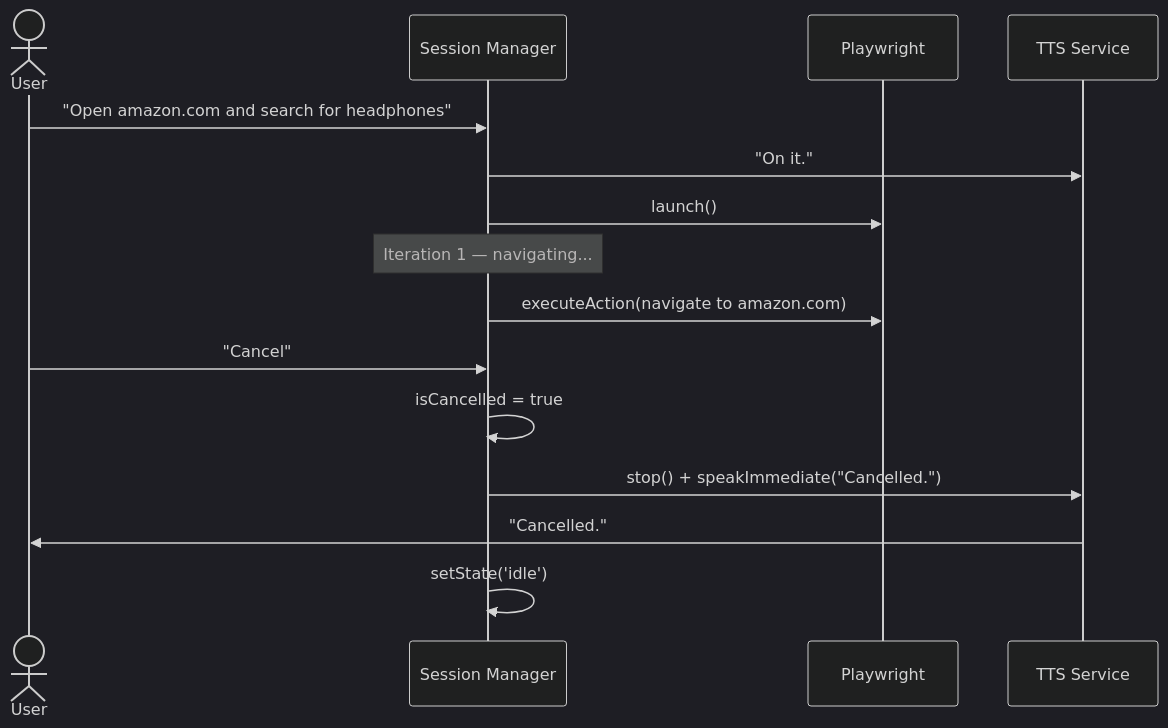
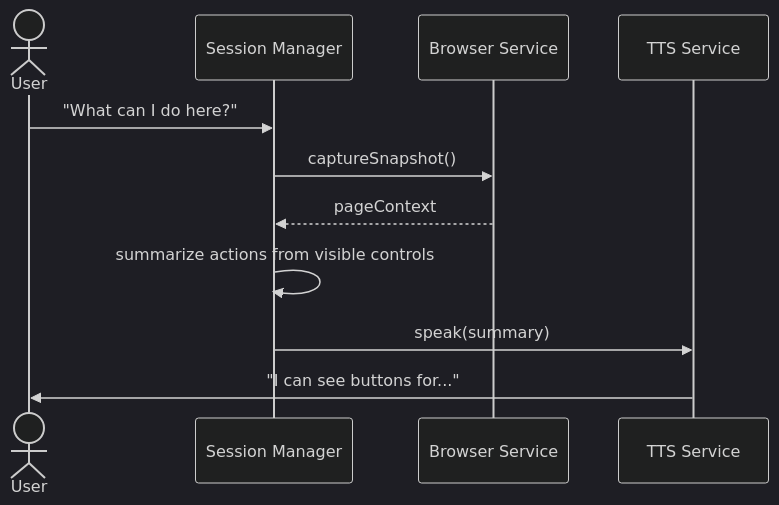
Before and after one commit to Manoj7ar/Sally: the sixth of 7 diagrams in docs/architecture.md, drawn with Mermaid (dark theme). The commit also changed other lines of this file and 21 other files, not shown here.

````diff
--- a/docs/architecture.md
+++ b/docs/architecture.md
@@ -818,20 +854,14 @@
 ```mermaid
 sequenceDiagram
     actor User
     participant SES as Session Manager
-    participant PLW as Playwright
+    participant BRS as Browser Service
     participant TTS as TTS Service
 
-    User->>SES: "Open amazon.com and search for headphones"
-    SES->>TTS: "On it."
-    SES->>PLW: launch()
-
-    Note over SES: Iteration 1 — navigating...
-    SES->>PLW: executeAction(navigate to amazon.com)
-
-    User->>SES: "Cancel"
-    SES->>SES: isCancelled = true
-    SES->>TTS: stop() + speakImmediate("Cancelled.")
-    TTS->>User: "Cancelled."
-    SES->>SES: setState('idle')
+    User->>SES: "What can I do here?"
+    SES->>BRS: captureSnapshot()
+    BRS-->>SES: pageContext
+    SES->>SES: summarize actions from visible controls
+    SES->>TTS: speak(summary)
+    TTS->>User: "I can see buttons for..."
 ```
````
